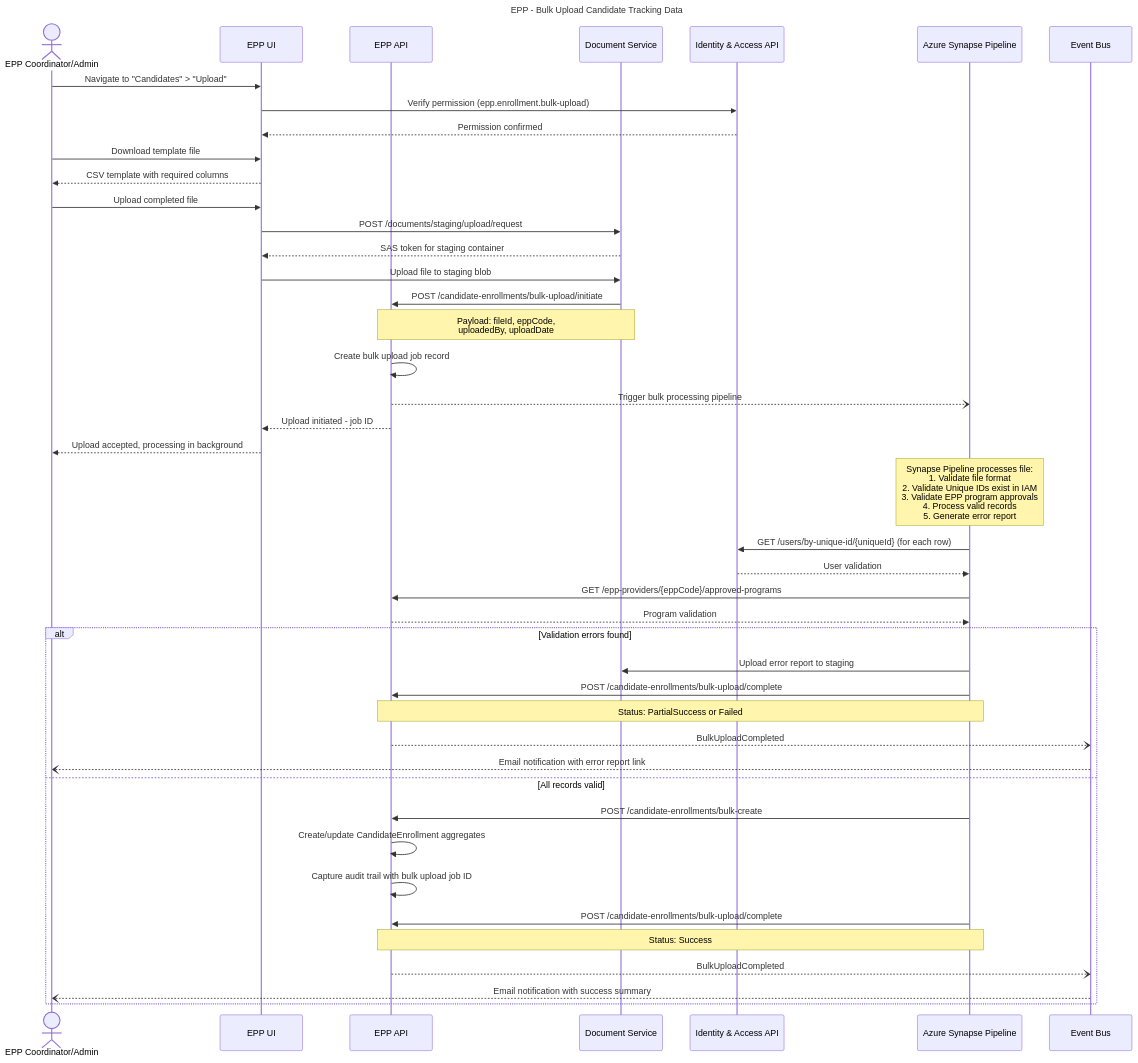
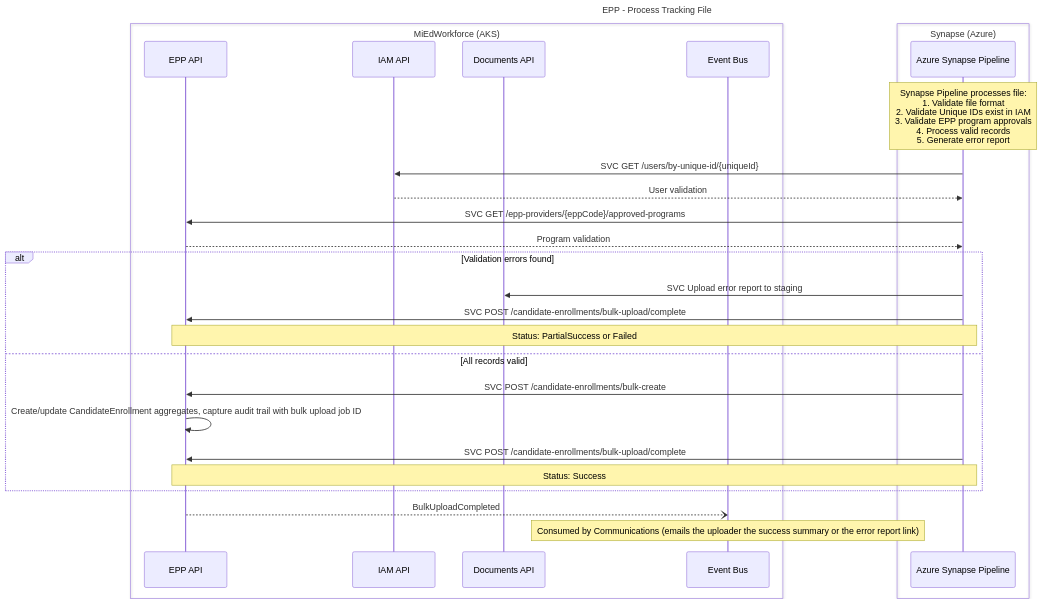
One commit to mnichols-dl/mied-design changed diagram 17 of 29 in working-docs/solution-areas/epp/epp-sequences.md. Above: the diagram before and after it, drawn with Mermaid. The commit also changed other lines of this file and 34 other files, not shown here.

Commit message:
Update sequences and perform RTM assessment

````diff
--- a/working-docs/solution-areas/epp/epp-sequences.md
+++ b/working-docs/solution-areas/epp/epp-sequences.md
@@ -1007,60 +934,37 @@
 ```mermaid
 ---
-title: EPP - Bulk Upload Candidate Tracking Data
+title: EPP - Process Tracking File
 ---
 sequenceDiagram
-    actor User as EPP Coordinator/Admin
-    participant UI as EPP UI
-    participant EPPService as EPP API
-    participant DocService as Document Service
-    participant IAM as Identity & Access API
+    box MiEdWorkforce (AKS)
+    participant EppApi as EPP API
+    participant IamApi as IAM API
+    participant DocsApi as Documents API
+    participant EventBus as Event Bus
+    end
+    box Synapse (Azure)
     participant Synapse as Azure Synapse Pipeline
-    participant EventBus as Event Bus
-    
-    User->>UI: Navigate to "Candidates" > "Upload"
-    UI->>IAM: Verify permission (epp.enrollment.bulk-upload)
-    IAM-->>UI: Permission confirmed
-    
-    User->>UI: Download template file
-    UI-->>User: CSV template with required columns
-    
-    User->>UI: Upload completed file
-    UI->>DocService: POST /documents/staging/upload/request
-    DocService-->>UI: SAS token for staging container
-    
-    UI->>DocService: Upload file to staging blob
-    DocService->>EPPService: POST /candidate-enrollments/bulk-upload/initiate
-    Note over DocService,EPPService: Payload: fileId, eppCode,<br/>uploadedBy, uploadDate
-    
-    EPPService->>EPPService: Create bulk upload job record
-    EPPService--)Synapse: Trigger bulk processing pipeline
-    EPPService-->>UI: Upload initiated - job ID
-    UI-->>User: Upload accepted, processing in background
-    
+    end
+
     Note over Synapse: Synapse Pipeline processes file:<br/>1. Validate file format<br/>2. Validate Unique IDs exist in IAM<br/>3. Validate EPP program approvals<br/>4. Process valid records<br/>5. Generate error report
-    
-    Synapse->>IAM: GET /users/by-unique-id/{uniqueId} (for each row)
-    IAM-->>Synapse: User validation
-    
-    Synapse->>EPPService: GET /epp-providers/{eppCode}/approved-programs
-    EPPService-->>Synapse: Program validation
-    
+
+    Synapse->>IamApi: SVC GET /users/by-unique-id/{uniqueId}
+    IamApi-->>Synapse: User validation
+
+    Synapse->>EppApi: SVC GET /epp-providers/{eppCode}/approved-programs
+    EppApi-->>Synapse: Program validation
+
     alt Validation errors found
-        Synapse->>DocService: Upload error report to staging
-        Synapse->>EPPService: POST /candidate-enrollments/bulk-upload/complete
-        Note over Synapse,EPPService: Status: PartialSuccess or Failed
-        
-        EPPService--)EventBus: BulkUploadCompleted
-        EventBus--)User: Email notification with error report link
+        Synapse->>DocsApi: SVC Upload error report to staging
+        Synapse->>EppApi: SVC POST /candidate-enrollments/bulk-upload/complete
+        Note over Synapse,EppApi: Status: PartialSuccess or Failed
     else All records valid
-        Synapse->>EPPService: POST /candidate-enrollments/bulk-create
-        EPPService->>EPPService: Create/update CandidateEnrollment aggregates
-        EPPService->>EPPService: Capture audit trail with bulk upload job ID
-        
-        Synapse->>EPPService: POST /candidate-enrollments/bulk-upload/complete
-        Note over Synapse,EPPService: Status: Success
-        
-        EPPService--)EventBus: BulkUploadCompleted
-        EventBus--)User: Email notification with success summary
+        Synapse->>EppApi: SVC POST /candidate-enrollments/bulk-create
+        EppApi->>EppApi: Create/update CandidateEnrollment aggregates, capture audit trail with bulk upload job ID
+        Synapse->>EppApi: SVC POST /candidate-enrollments/bulk-upload/complete
+        Note over Synapse,EppApi: Status: Success
     end
+
+    EppApi--)EventBus: BulkUploadCompleted
+    Note over EventBus: Consumed by Communications (emails the uploader the success summary or the error report link)
 ```
````
